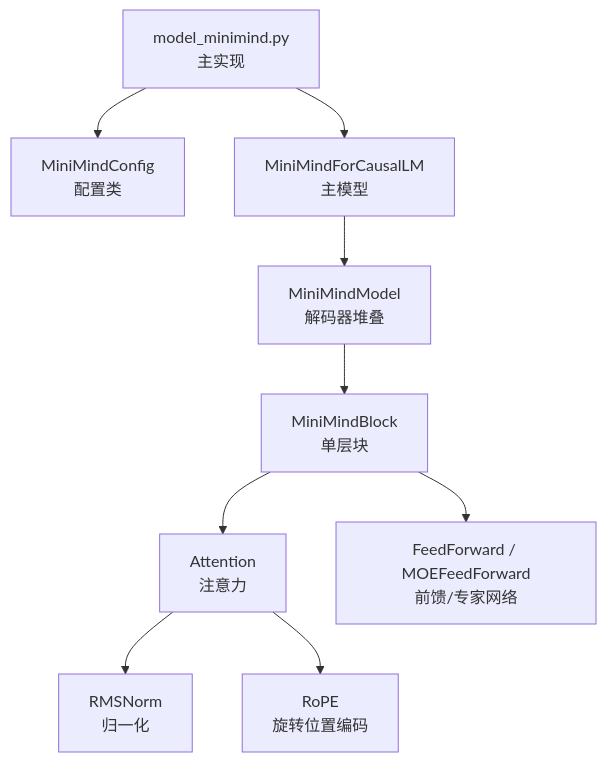
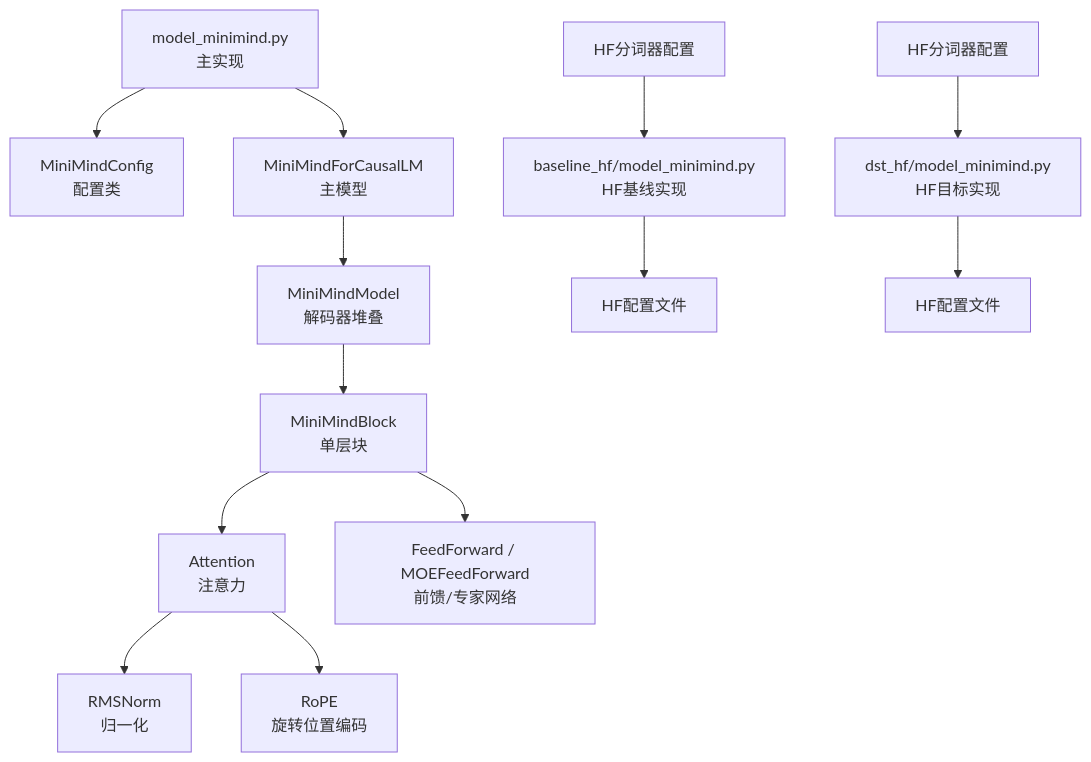
Before and after one commit to shiyukonghui/minimind: the first of 5 diagrams in .qoder/repowiki/zh/content/核心代码模块/模型架构模块/模型架构模块.md, drawn with Mermaid. The commit also changed other lines of this file and 5 other files, not shown here.

````diff
--- a/.qoder/repowiki/zh/content/核心代码模块/模型架构模块/模型架构模块.md
+++ b/.qoder/repowiki/zh/content/核心代码模块/模型架构模块/模型架构模块.md
@@ -37,11 +57,15 @@
 ```mermaid
 graph TB
 A["model_minimind.py<br/>主实现"] --> B["MiniMindConfig<br/>配置类"]
 A --> C["MiniMindForCausalLM<br/>主模型"]
 C --> D["MiniMindModel<br/>解码器堆叠"]
 D --> E["MiniMindBlock<br/>单层块"]
 E --> F["Attention<br/>注意力"]
 E --> G["FeedForward / MOEFeedForward<br/>前馈/专家网络"]
 F --> H["RMSNorm<br/>归一化"]
 F --> I["RoPE<br/>旋转位置编码"]
+A1["baseline_hf/model_minimind.py<br/>HF基线实现"] --> B1["HF配置文件"]
+A2["dst_hf/model_minimind.py<br/>HF目标实现"] --> B2["HF配置文件"]
+C1["HF分词器配置"] --> A1
+C2["HF分词器配置"] --> A2
 ```
````
